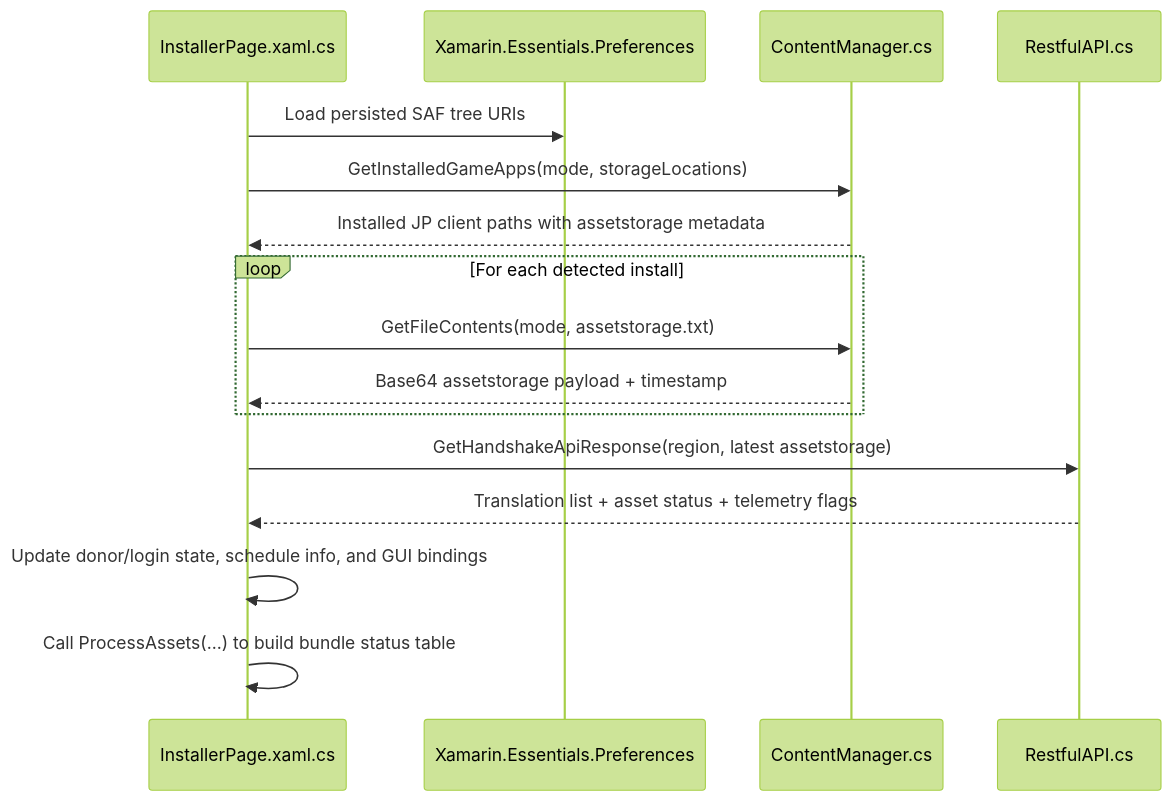
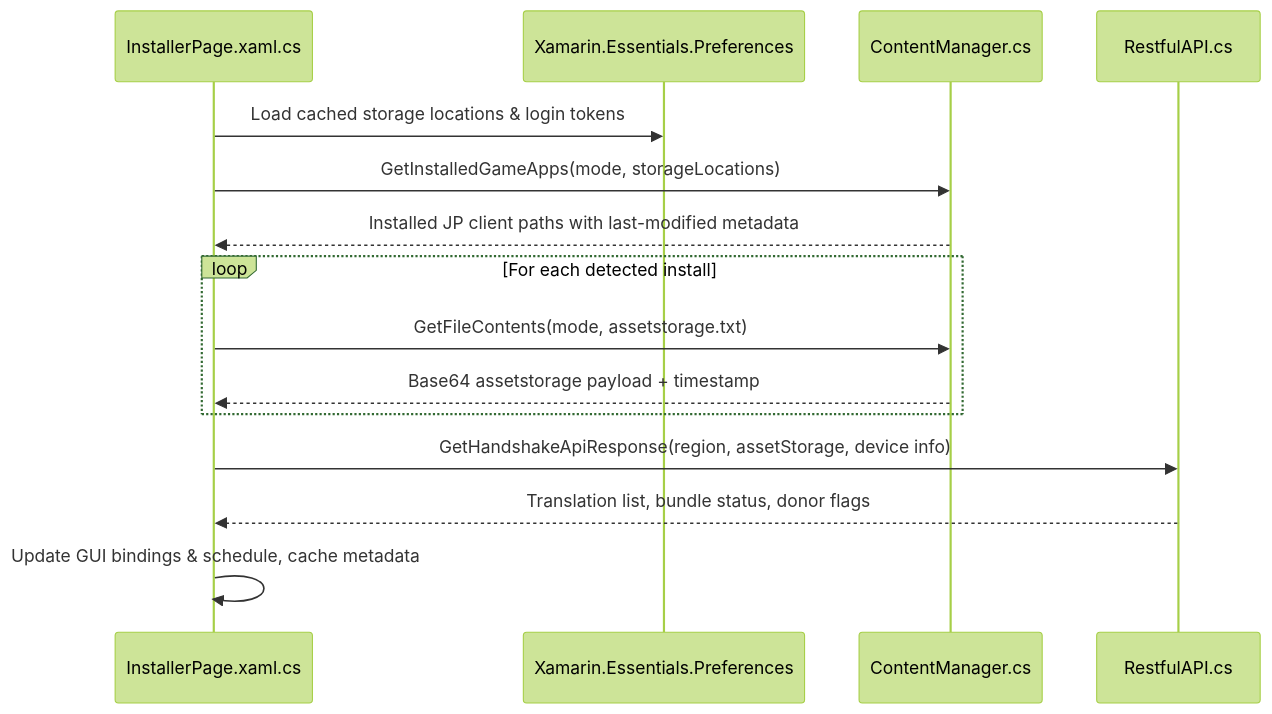
Before and after one commit to DqkrLord0Xerod/translatefgo: the second of 4 diagrams in analysis/mechanics.md, drawn with Mermaid (forest theme). The commit also changed other lines of this file, not shown here.

````diff
--- a/analysis/mechanics.md
+++ b/analysis/mechanics.md
@@ -46,18 +47,17 @@
 ```mermaid
 sequenceDiagram
     participant UI as InstallerPage.xaml.cs
     participant Pref as Xamarin.Essentials.Preferences
     participant CM as ContentManager.cs
     participant REST as RestfulAPI.cs
-    UI->>Pref: Load persisted SAF tree URIs
+    UI->>Pref: Load cached storage locations & login tokens
     UI->>CM: GetInstalledGameApps(mode, storageLocations)
-    CM-->>UI: Installed JP client paths with assetstorage metadata
+    CM-->>UI: Installed JP client paths with last-modified metadata
     loop For each detected install
         UI->>CM: GetFileContents(mode, assetstorage.txt)
         CM-->>UI: Base64 assetstorage payload + timestamp
     end
-    UI->>REST: GetHandshakeApiResponse(region, latest assetstorage)
-    REST-->>UI: Translation list + asset status + telemetry flags
-    UI->>UI: Update donor/login state, schedule info, and GUI bindings
-    UI->>UI: Call ProcessAssets(...) to build bundle status table
+    UI->>REST: GetHandshakeApiResponse(region, assetStorage, device info)
+    REST-->>UI: Translation list, bundle status, donor flags
+    UI->>UI: Update GUI bindings & schedule, cache metadata
 ```
````
